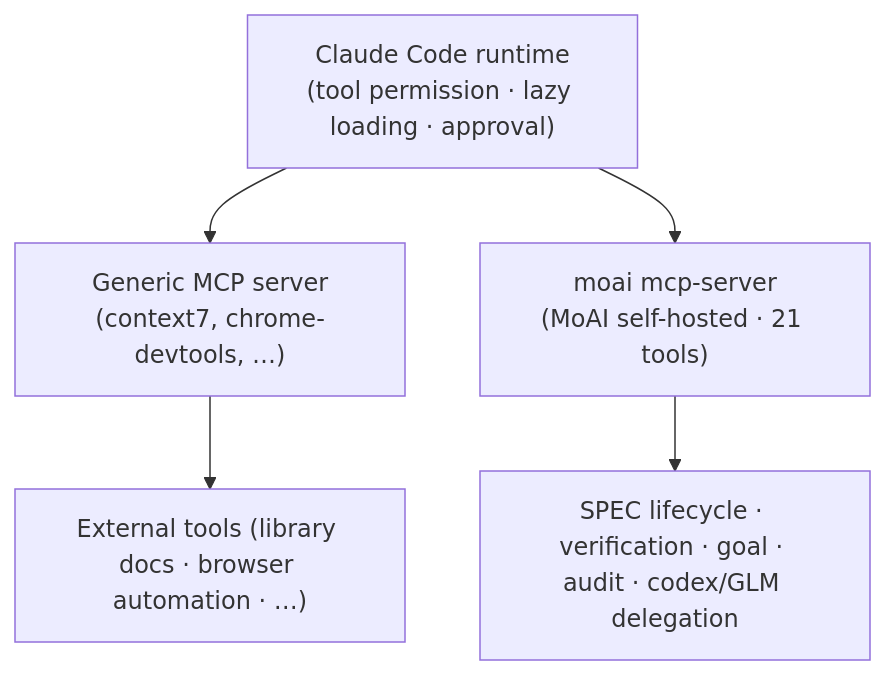
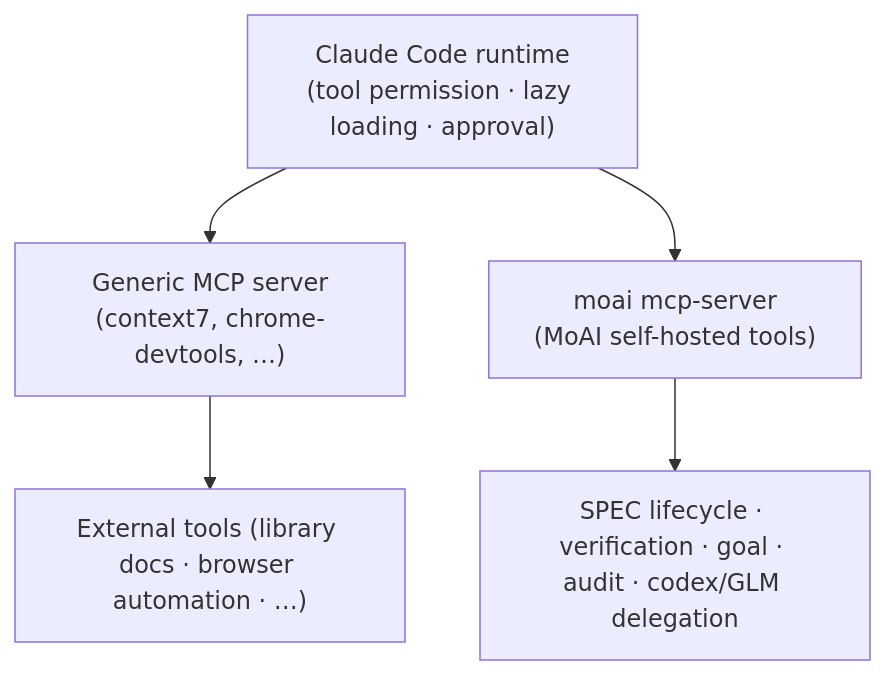
One commit to modu-ai/moai-adk changed the diagram in docs-site/content/en/guides/mcp-server.md. Above: the diagram before and after it, drawn with Mermaid. The commit also changed other lines of this file and 3 other files, not shown here.

First line of the commit message:
docs(t1173): drop hard-coded MCP tool count from mcp-server guide

````diff
--- a/docs-site/content/en/guides/mcp-server.md
+++ b/docs-site/content/en/guides/mcp-server.md
@@ -28,10 +28,10 @@
 ```mermaid
 flowchart TD
     CC["Claude Code runtime<br/>(tool permission · lazy loading · approval)"]
     CMCP["Generic MCP server<br/>(context7, chrome-devtools, …)"]
-    MMCP["moai mcp-server<br/>(MoAI self-hosted · 21 tools)"]
+    MMCP["moai mcp-server<br/>(MoAI self-hosted tools)"]
     CC --> CMCP
     CC --> MMCP
     MMCP --> TOOLS["SPEC lifecycle · verification · goal · audit · codex/GLM delegation"]
     CMCP --> EXT["External tools (library docs · browser automation · …)"]
 ```
````
